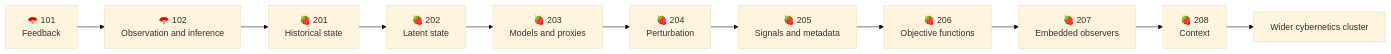
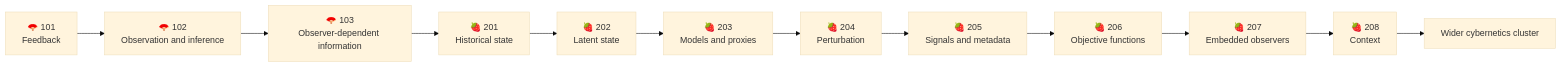
The diagram in 🌑_1_Origin_Points/🪿_Embodied_Information_Ecology/♻️_Cybernetics/🧬_Start_Here/README.md (josefsbreakfast/Polaris-Protocol), drawn with Mermaid (base theme) before and after one commit. The commit also changed other lines of this file and 8 other files, not shown here.

````diff
--- a/🌑_1_Origin_Points/🪿_Embodied_Information_Ecology/♻️_Cybernetics/🧬_Start_Here/README.md
+++ b/🌑_1_Origin_Points/🪿_Embodied_Information_Ecology/♻️_Cybernetics/🧬_Start_Here/README.md
@@ -406,14 +416,15 @@
 ```mermaid
 flowchart LR
     A[🪭 101<br/>Feedback]
     --> B[🪭 102<br/>Observation and inference]
+    --> X[🪭 103<br/>Observer-dependent information]
     --> C[🍓 201<br/>Historical state]
     --> D[🍓 202<br/>Latent state]
     --> E[🍓 203<br/>Models and proxies]
     --> F[🍓 204<br/>Perturbation]
     --> G[🍓 205<br/>Signals and metadata]
     --> H[🍓 206<br/>Objective functions]
     --> I[🍓 207<br/>Embedded observers]
     --> J[🍓 208<br/>Context]
     --> K[Wider cybernetics cluster]
 ```
````
